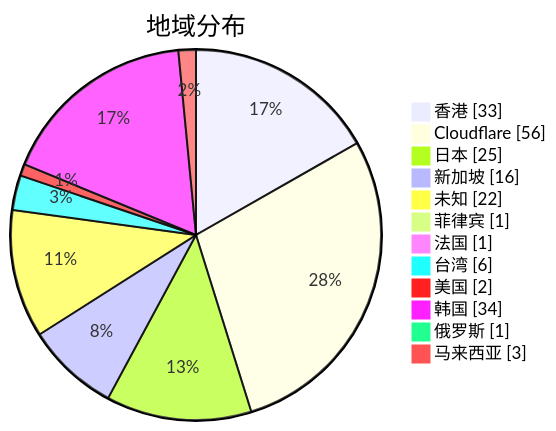
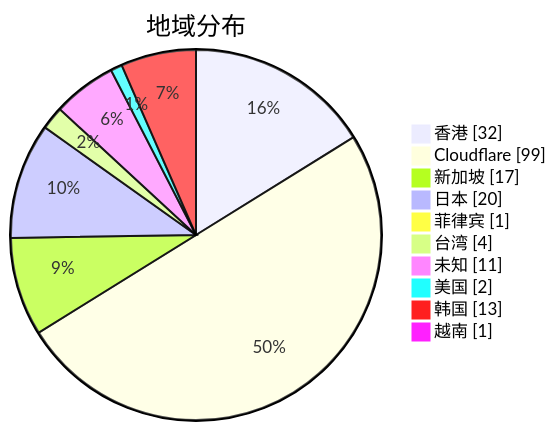
One commit to qjlxg/airport changed the second of 3 diagrams in subs/statistics/tested_within.md. Above: the diagram before and after it, drawn with Mermaid. The commit also changed other lines of this file and 2 other files, not shown here.

````diff
--- a/subs/statistics/tested_within.md
+++ b/subs/statistics/tested_within.md
@@ -13,16 +12,14 @@
 ```mermaid
 pie showData
 title 地域分布
-"香港" : 33
-"Cloudflare" : 56
-"日本" : 25
-"新加坡" : 16
-"未知" : 22
+"香港" : 32
+"Cloudflare" : 99
+"新加坡" : 17
+"日本" : 20
 "菲律宾" : 1
-"法国" : 1
-"台湾" : 6
+"台湾" : 4
+"未知" : 11
 "美国" : 2
-"韩国" : 34
-"俄罗斯" : 1
-"马来西亚" : 3
+"韩国" : 13
+"越南" : 1
 ```
````
